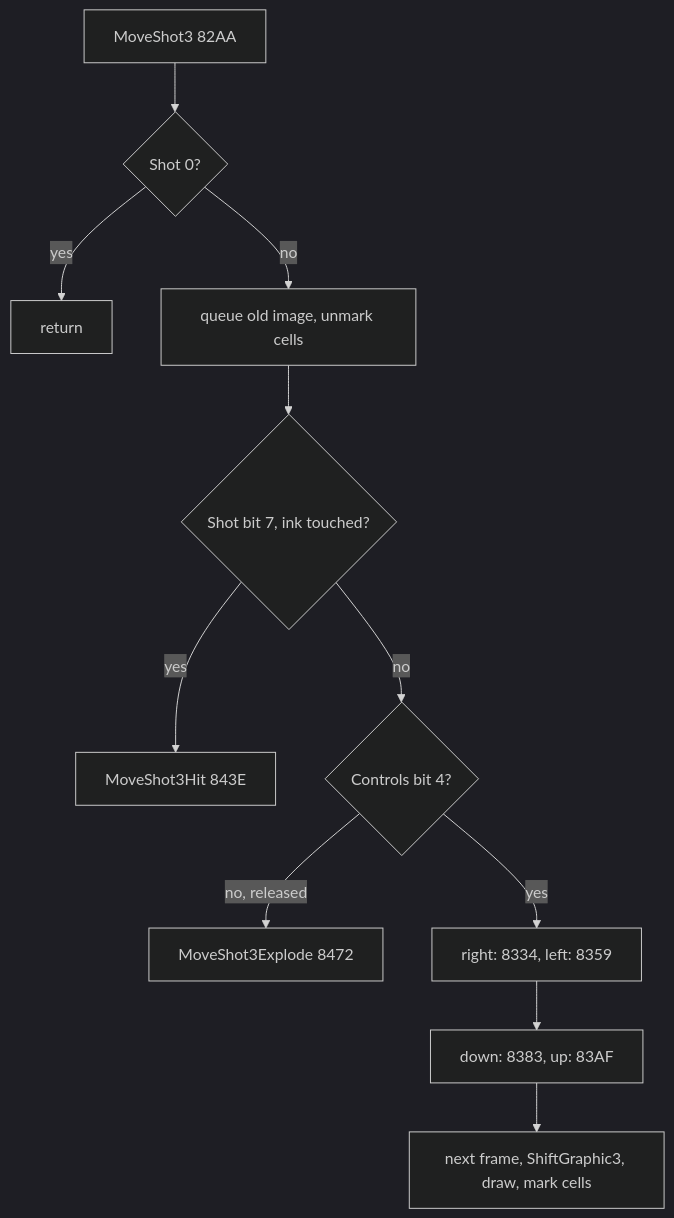
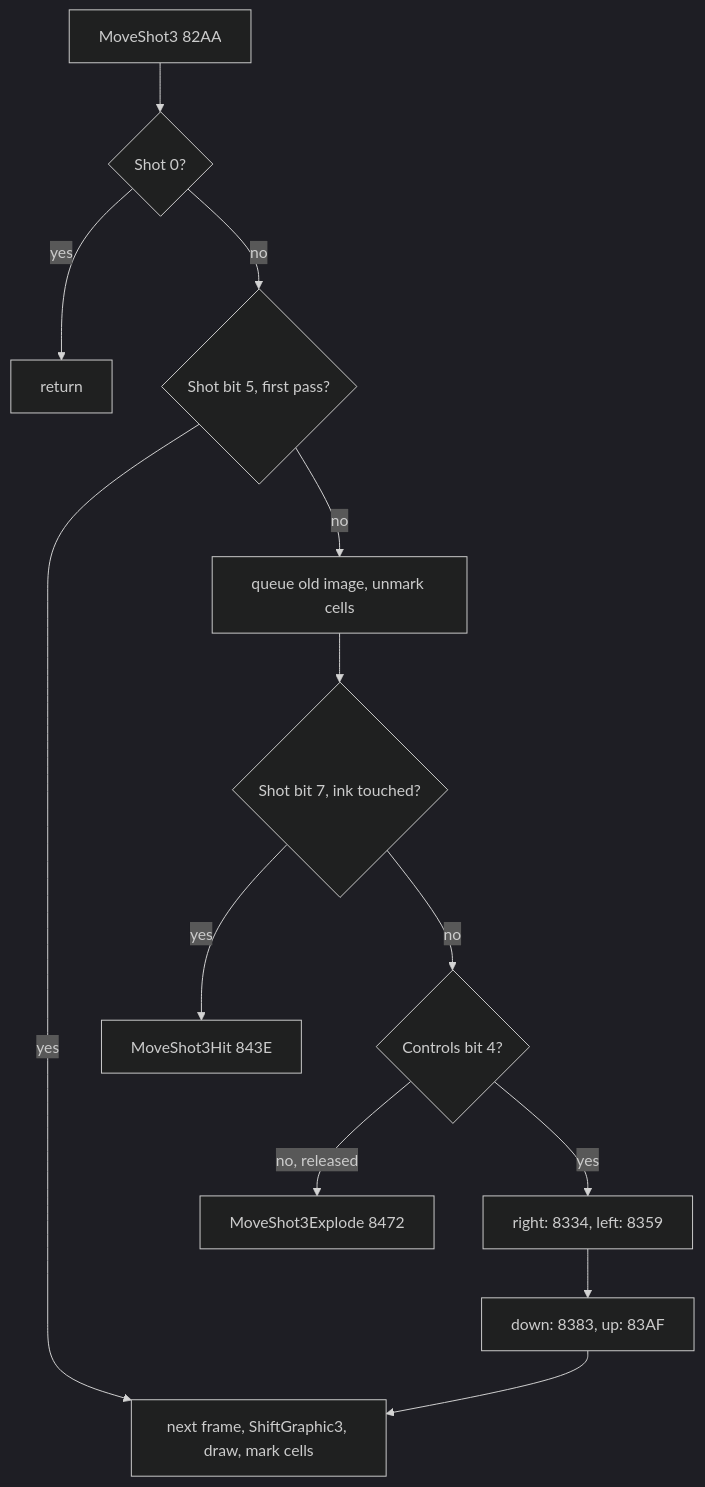
One commit to alfishe/unrealng-reverse-cases changed the eighth of 10 diagrams in games/tujad/docs/05-controls.md. Above: the diagram before and after it, drawn with Mermaid (dark theme). The commit also changed other lines of this file and 44 other files, not shown here.

````diff
--- a/games/tujad/docs/05-controls.md
+++ b/games/tujad/docs/05-controls.md
@@ -769,13 +785,15 @@
 ```mermaid
 flowchart TD
     A["MoveShot3 82AA"] --> B{"Shot 0?"}
     B -- "yes" --> X["return"]
-    B -- "no" --> E["queue old image, unmark cells"]
+    B -- "no" --> N{"Shot bit 5, first pass?"}
+    N -- "yes" --> D
+    N -- "no" --> E["queue old image, unmark cells"]
     E --> H{"Shot bit 7, ink touched?"}
     H -- "yes" --> HIT["MoveShot3Hit 843E"]
     H -- "no" --> F{"Controls bit 4?"}
     F -- "no, released" --> EX["MoveShot3Explode 8472"]
     F -- "yes" --> R["right: 8334, left: 8359"]
     R --> U["down: 8383, up: 83AF"]
     U --> D["next frame, ShiftGraphic3, draw, mark cells"]
 ```
````
